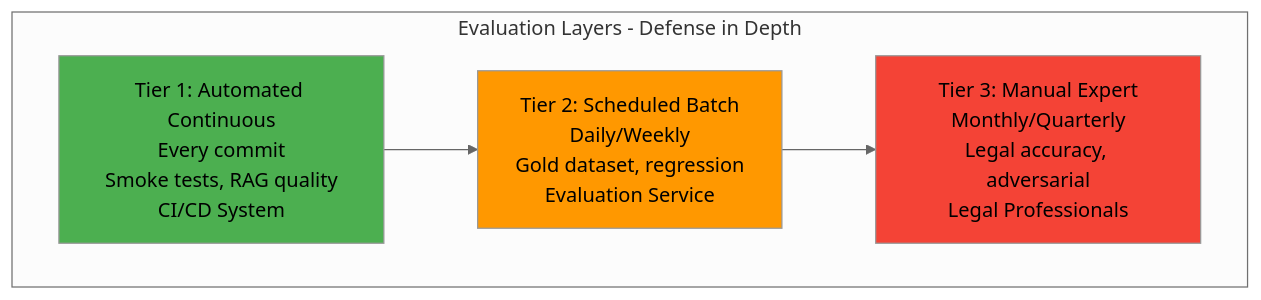
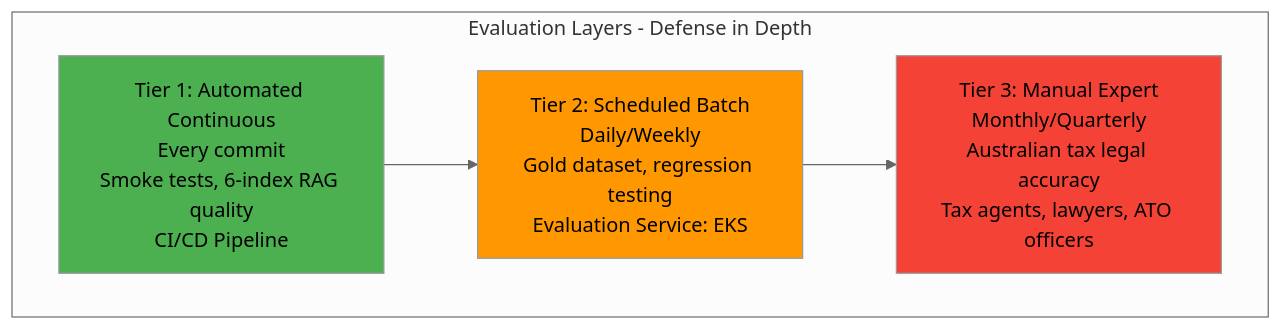
One commit to anguyenbus/case_chat changed the first of 9 diagrams in case_assistant/system_design/05-evaluation-strategy.md. Above: the diagram before and after it, drawn with Mermaid (neutral theme). The commit also changed other lines of this file, not shown here.

Commit message:
[design] fix evaluation

````diff
--- a/case_assistant/system_design/05-evaluation-strategy.md
+++ b/case_assistant/system_design/05-evaluation-strategy.md
@@ -23,15 +49,15 @@
 ```mermaid
 graph TB
     subgraph "Evaluation Layers - Defense in Depth"
-        T1[Tier 1: Automated Continuous<br>Every commit<br>Smoke tests, RAG quality<br>CI/CD System]
-        T2[Tier 2: Scheduled Batch<br>Daily/Weekly<br>Gold dataset, regression<br>Evaluation Service]
-        T3[Tier 3: Manual Expert<br>Monthly/Quarterly<br>Legal accuracy, adversarial<br>Legal Professionals]
+        T1[Tier 1: Automated Continuous<br/>Every commit<br/>Smoke tests, 6-index RAG quality<br/>CI/CD Pipeline]
+        T2[Tier 2: Scheduled Batch<br/>Daily/Weekly<br/>Gold dataset, regression testing<br/>Evaluation Service: EKS]
+        T3[Tier 3: Manual Expert<br/>Monthly/Quarterly<br/>Australian tax legal accuracy<br/>Tax agents, lawyers, ATO officers]
     end
 
     T1 --> T2
     T2 --> T3
 
     style T1 fill:#4CAF50
     style T2 fill:#FF9800
     style T3 fill:#F44336
 ```
````
